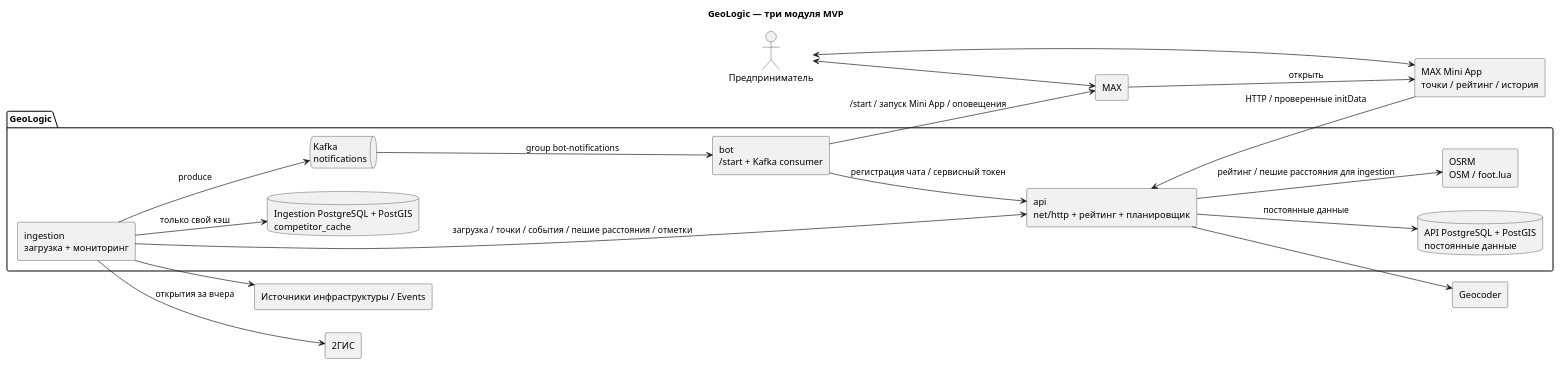
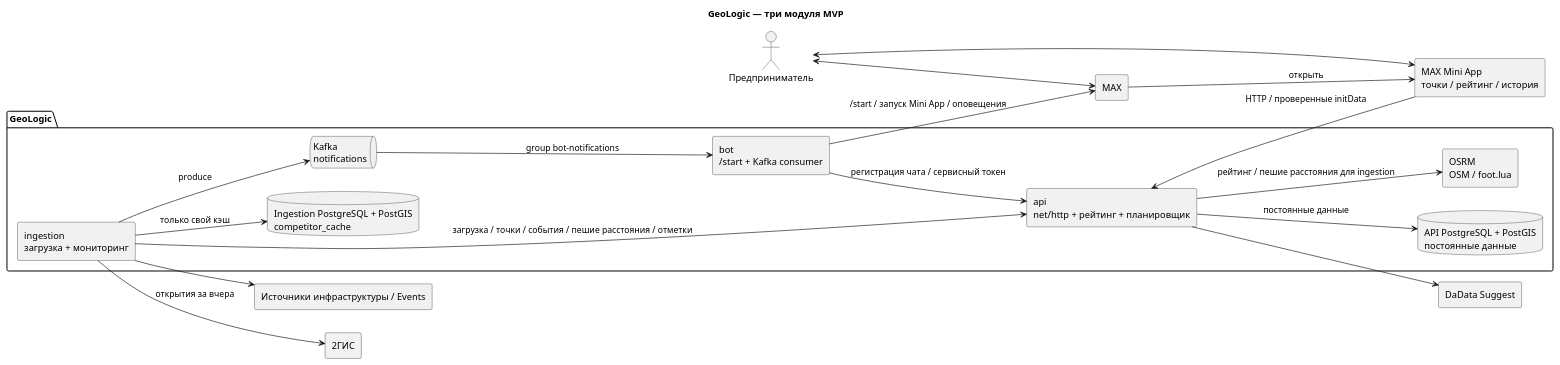
Before and after one commit to kotafan1rich/GeoLogic-Monitor: the diagram in docs/diagrams/src/c4-containers.puml, drawn with PlantUML. The commit also changed 12 other files, not shown here.

```diff
--- a/docs/diagrams/src/c4-containers.puml
+++ b/docs/diagrams/src/c4-containers.puml
@@ -1,36 +1,36 @@
 @startuml c4-containers
 title GeoLogic — три модуля MVP
 left to right direction
 skinparam componentStyle rectangle
 skinparam shadowing false
 actor "Предприниматель" as user
 rectangle "MAX" as max
 rectangle "MAX Mini App\nточки / рейтинг / история" as miniapp
 package "GeoLogic" {
  rectangle "bot\n/start + Kafka consumer" as bot
  rectangle "api\nnet/http + рейтинг + планировщик" as api
  rectangle "ingestion\nзагрузка + мониторинг" as worker
  database "API PostgreSQL + PostGIS\nпостоянные данные" as apidb
  database "Ingestion PostgreSQL + PostGIS\ncompetitor_cache" as ingestiondb
  queue "Kafka\nnotifications" as kafka
  rectangle "OSRM\nOSM / foot.lua" as osrm
 }
-rectangle "Geocoder" as geo
+rectangle "DaData Suggest" as geo
 rectangle "Источники инфраструктуры / Events" as sources
 rectangle "2ГИС" as gis
 user <--> max
 bot --> max : /start / запуск Mini App / оповещения
 user <--> miniapp
 max --> miniapp : открыть
 miniapp --> api : HTTP / проверенные initData
 bot --> api : регистрация чата / сервисный токен
 worker --> api : загрузка / точки / события / пешие расстояния / отметки
 api --> apidb : постоянные данные
 api --> geo
 api --> osrm : рейтинг / пешие расстояния для ingestion
 worker --> ingestiondb : только свой кэш
 worker --> sources
 worker --> gis : открытия за вчера
 worker --> kafka : produce
 kafka --> bot : group bot-notifications
 @enduml
```
